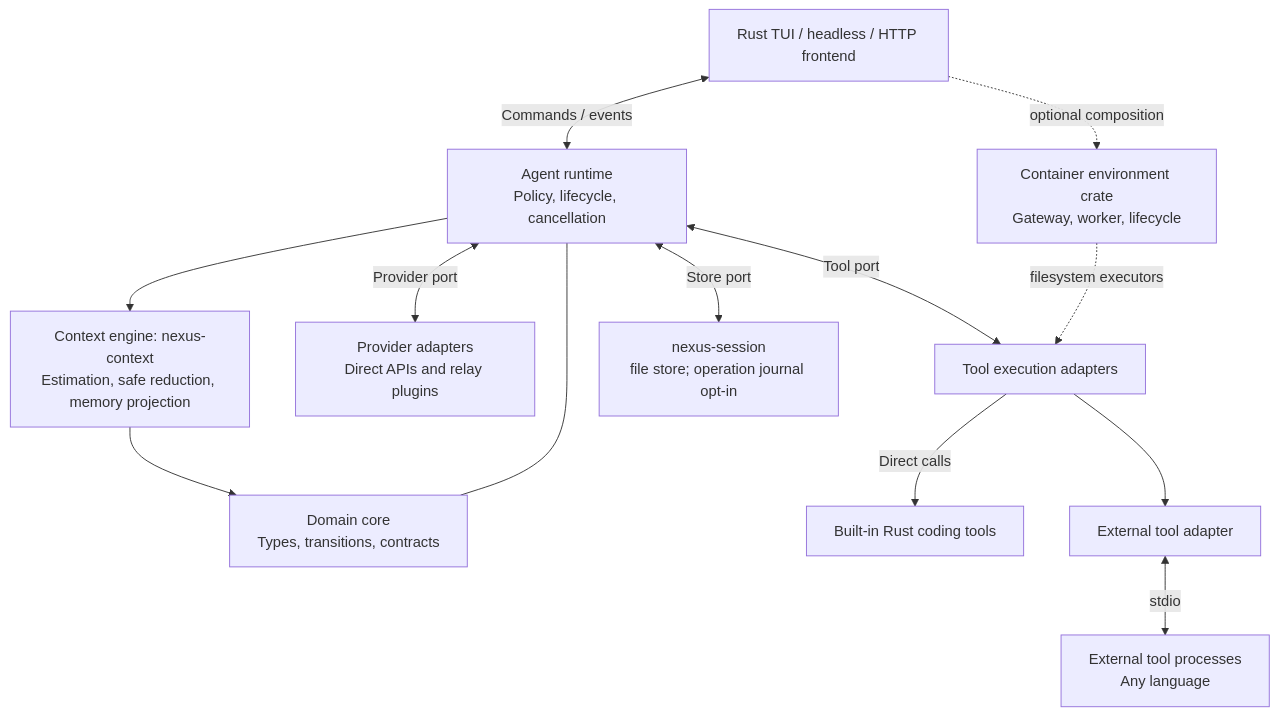
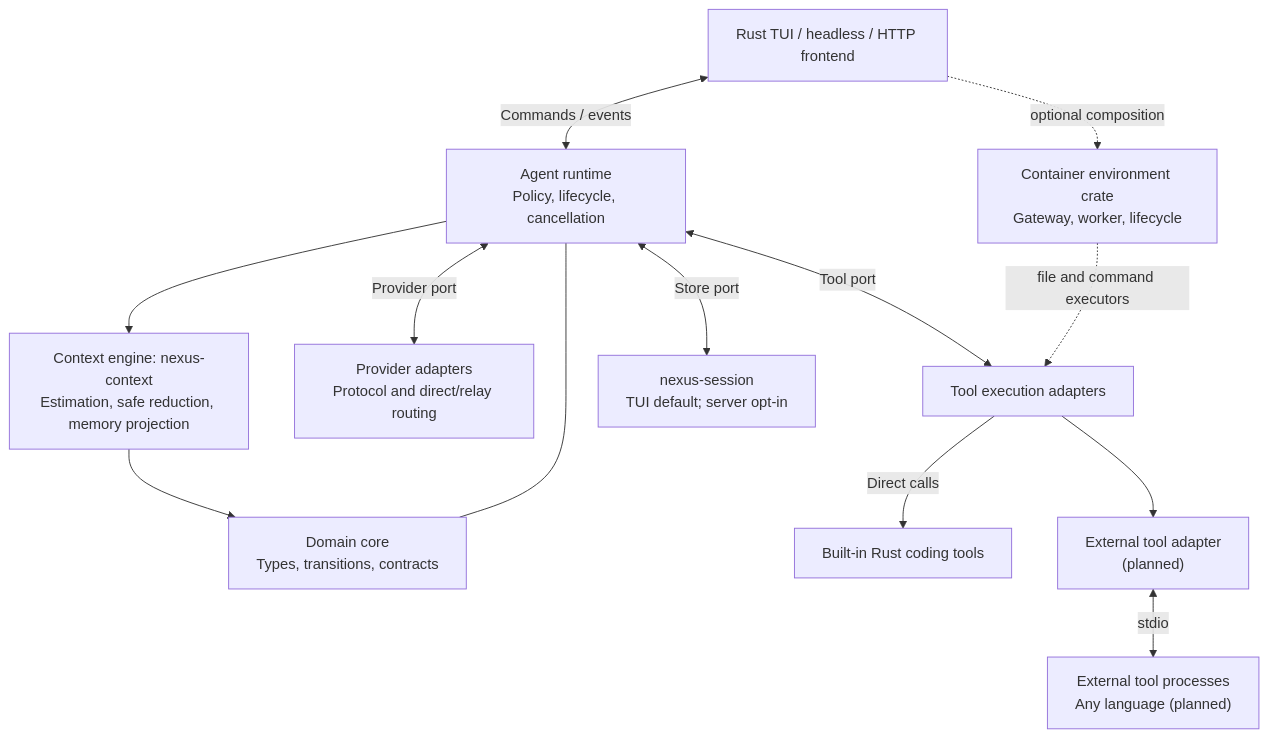
The first of 3 diagrams in README.md (immane/nexus-agent), drawn with Mermaid before and after one commit. The commit also changed other lines of this file, not shown here.

````diff
--- a/README.md
+++ b/README.md
@@ -109,27 +115,27 @@
 ```mermaid
 flowchart TB
     Frontend["Rust TUI / headless / HTTP frontend"]
     Core["Domain core<br/>Types, transitions, contracts"]
     Runtime["Agent runtime<br/>Policy, lifecycle, cancellation"]
     Context["Context engine: nexus-context<br/>Estimation, safe reduction, memory projection"]
-    Provider["Provider adapters<br/>Direct APIs and relay plugins"]
+    Provider["Provider adapters<br/>Protocol and direct/relay routing"]
     Tools["Tool execution adapters"]
     Container["Container environment crate<br/>Gateway, worker, lifecycle"]
-    Store["nexus-session<br/>file store; operation journal opt-in"]
+    Store["nexus-session<br/>TUI default; server opt-in"]
     Builtin["Built-in Rust coding tools"]
-    Bridge["External tool adapter"]
-    Plugins["External tool processes<br/>Any language"]
+    Bridge["External tool adapter<br/>(planned)"]
+    Plugins["External tool processes<br/>Any language (planned)"]
 
     Frontend <-->|Commands / events| Runtime
     Frontend -. "optional composition" .-> Container
     Core --- Runtime
     Runtime --> Context
     Context --> Core
     Runtime <-->|Provider port| Provider
     Runtime <-->|Tool port| Tools
-    Container -. "filesystem executors" .-> Tools
+    Container -. "file and command executors" .-> Tools
     Runtime <-->|Store port| Store
     Tools -->|Direct calls| Builtin
     Tools --> Bridge
     Bridge <-->|stdio| Plugins
 ```
````
